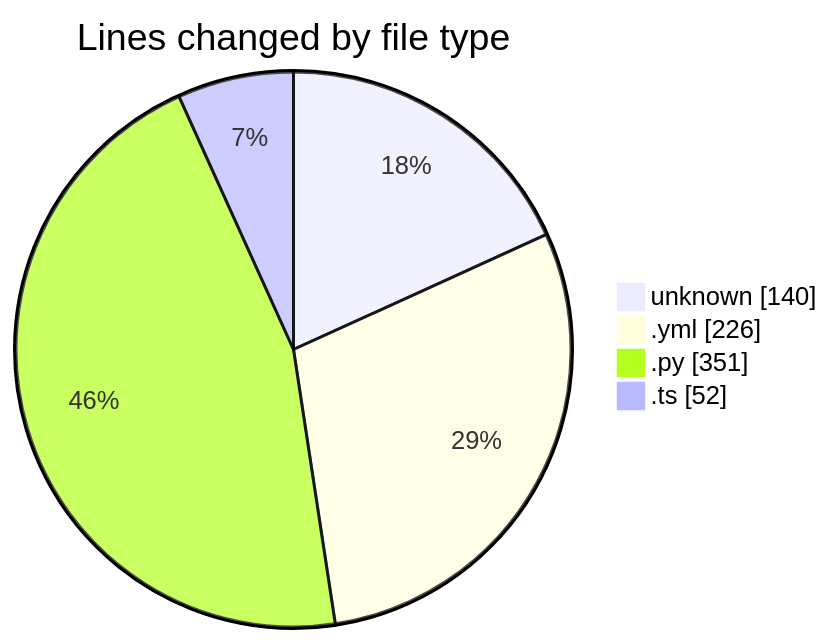
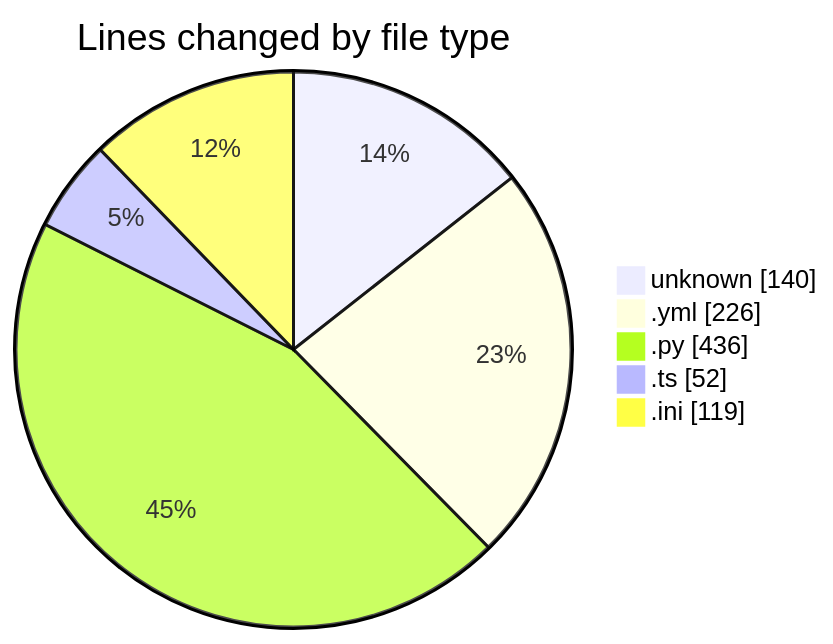
The first of 2 diagrams in 2025-05-13/niten/README.md (Elitesun/code-tracking), drawn with Mermaid before and after one commit. The commit also changed other lines of this file and 1 other file, not shown here.

````diff
--- a/2025-05-13/niten/README.md
+++ b/2025-05-13/niten/README.md
@@ -28,8 +30,9 @@
 ```mermaid
 pie showData
 title Lines changed by file type
 "unknown" : 140
 ".yml" : 226
-".py" : 351
+".py" : 436
 ".ts" : 52
+".ini" : 119
 ```
````
